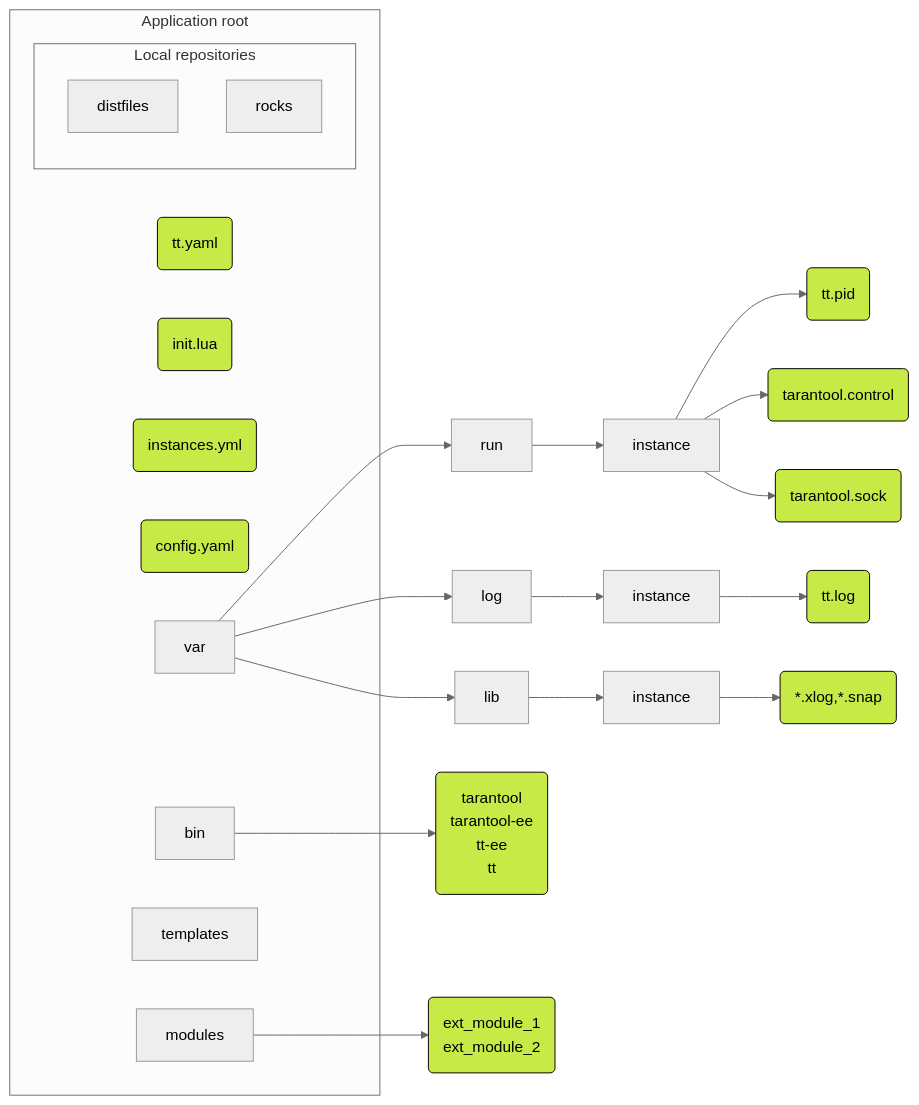
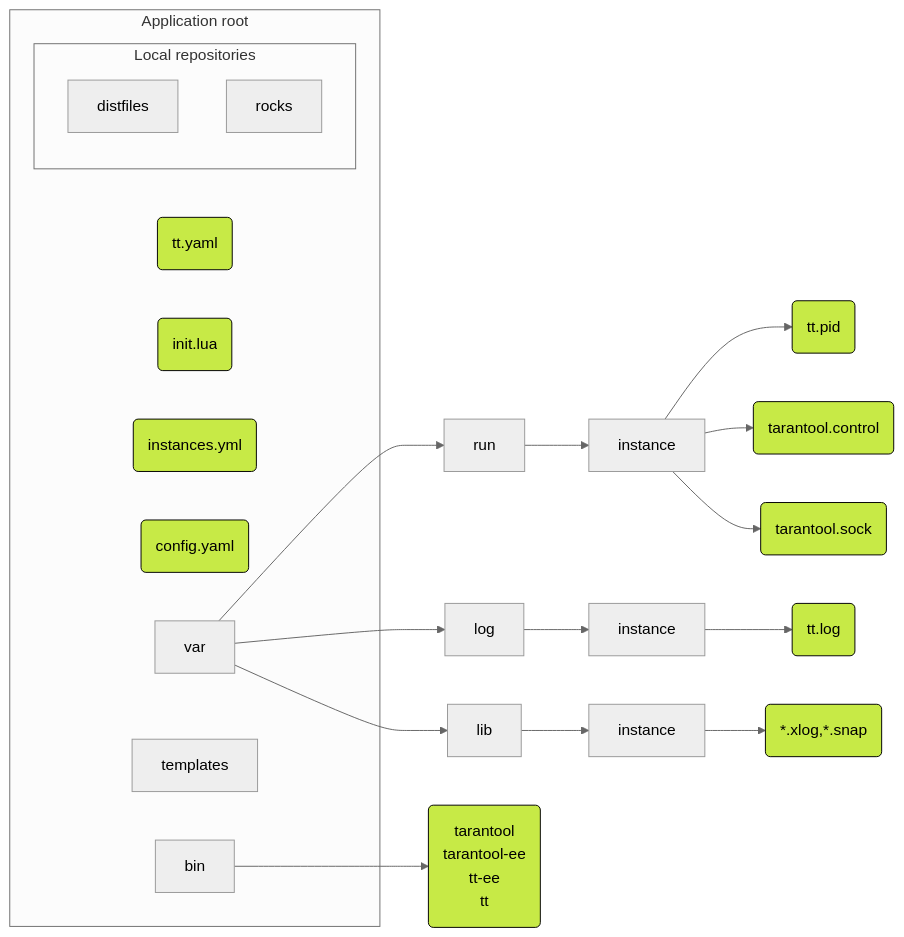
The diagram in README.md (tarantool/tt), drawn with Mermaid (neutral theme) before and after one commit. The commit also changed other lines of this file and 32 other files, not shown here.

````diff
--- a/README.md
+++ b/README.md
@@ -67,30 +67,28 @@
 ```mermaid
 graph LR
     %% Colors %%
     classDef lime fill:#C7EA46,stroke:#000,color:#000
 
     subgraph dot[Application root]
       config(tt.yaml):::lime
       init(init.lua):::lime
       instances(instances.yml):::lime
       cluster_config(config.yaml):::lime
       bin
-      modules
       templates
       var
       subgraph local_reps[Local repositories]
         dist[distfiles]
         rocks[rocks]
       end
     end
     var --> run[run] --> inst11[instance]
     inst11 --> pid1(tt.pid):::lime
     inst11 --> control1(tarantool.control):::lime
     inst11 --> binary1(tarantool.sock):::lime
 
     var --> log1[log] --> inst12[instance] --> logfile1(tt.log):::lime
     var --> lib1[lib] --> inst13[instance] --> xlogs1(*.xlog,*.snap):::lime
 
     bin --> bin_dir(tarantool<br/>tarantool-ee<br/>tt-ee<br/>tt):::lime
-    modules --> modules_dir(ext_module_1<br/>ext_module_2):::lime
 ```
````
